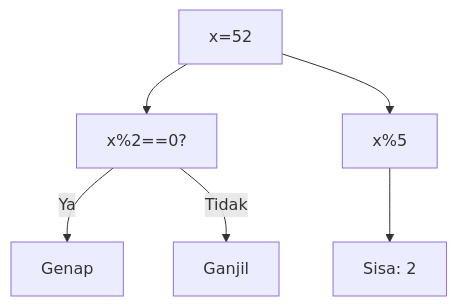
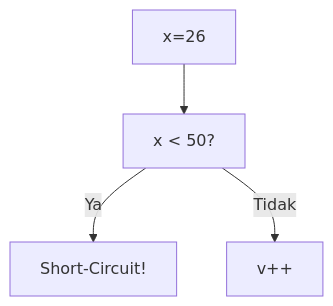
Before and after one commit to amnahwaida/OSNK_INF_PREP: diagram 11 of 25 in part-c-pemahaman-cpp/02-percabangan/latihan/set-12.md, drawn with Mermaid. The commit also changed other lines of this file and 71 other files, not shown here.

````diff
--- a/part-c-pemahaman-cpp/02-percabangan/latihan/set-12.md
+++ b/part-c-pemahaman-cpp/02-percabangan/latihan/set-12.md
@@ -336,8 +308,6 @@
 ```mermaid
 graph TD
-A["x=52"] --> B["x%2==0?"]
-B -- Ya --> C["Genap"]
-B -- Tidak --> D["Ganjil"]
-A --> E["x%5"]
-E --> F["Sisa: 2"]
+A["x=26"] --> B["x < 50?"]
+B -- Ya --> C["Short-Circuit!"]
+B -- Tidak --> D["v++"]
 ```
````
